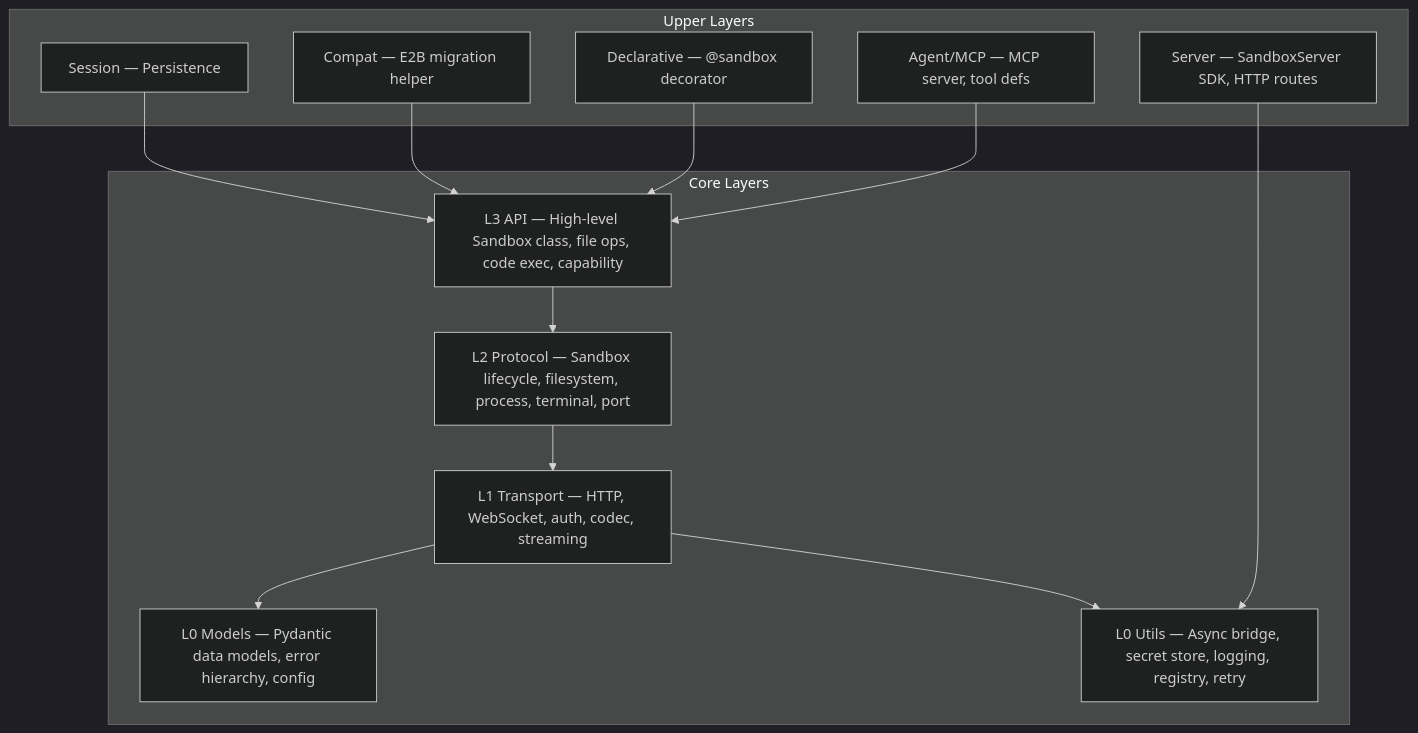
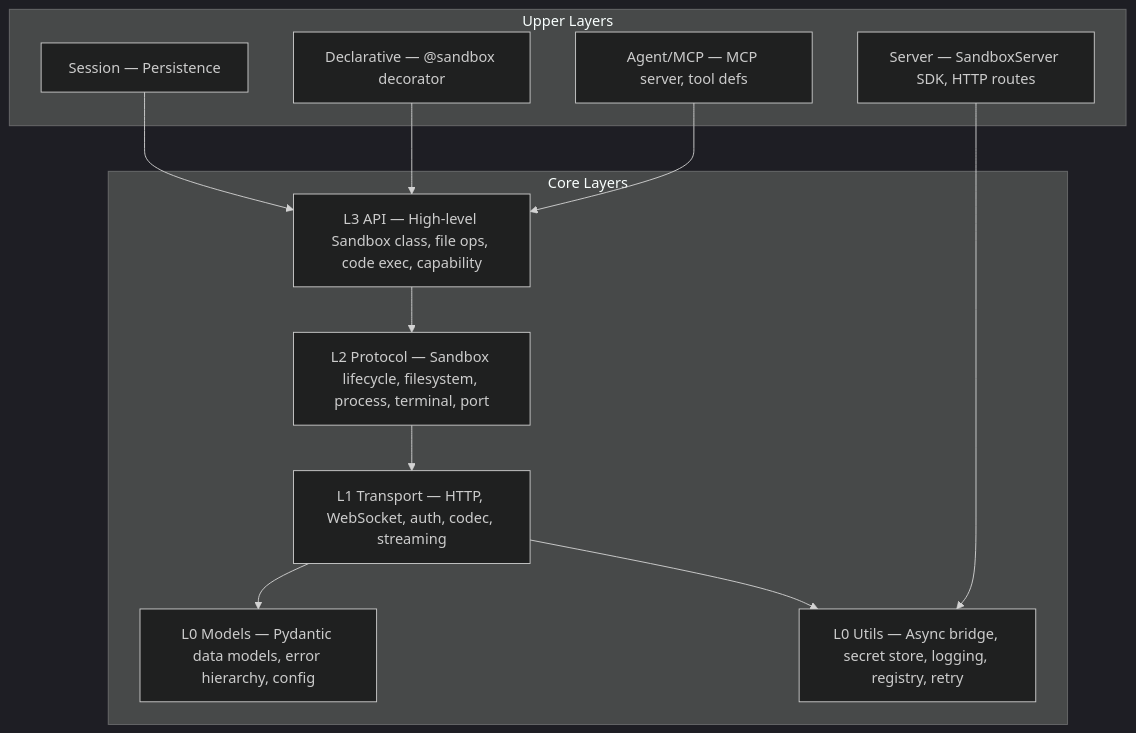
Before and after one commit to Alibaba-Agent-Sandbox/python-sdk: the diagram in AGENTS.md, drawn with Mermaid (dark theme). The commit also changed other lines of this file and 39 other files, not shown here.

````diff
--- a/AGENTS.md
+++ b/AGENTS.md
@@ -86,26 +85,24 @@
 ```mermaid
 graph TB
     subgraph Upper["Upper Layers"]
         Agent["Agent/MCP — MCP server, tool defs"]
         Decl["Declarative — @sandbox decorator"]
-        Compat["Compat — E2B migration helper"]
         Server["Server — SandboxServer SDK, HTTP routes"]
         Sess["Session — Persistence"]
     end
     subgraph Core["Core Layers"]
         L3["L3 API — High-level Sandbox class, file ops, code exec, capability"]
         L2["L2 Protocol — Sandbox lifecycle, filesystem, process, terminal, port"]
         L1["L1 Transport — HTTP, WebSocket, auth, codec, streaming"]
         L0M["L0 Models — Pydantic data models, error hierarchy, config"]
         L0U["L0 Utils — Async bridge, secret store, logging, registry, retry"]
     end
 
     Agent --> L3
     Decl --> L3
-    Compat --> L3
     Server --> L0U
     Sess --> L3
     L3 --> L2 --> L1
     L1 --> L0M
     L1 --> L0U
 ```
````
